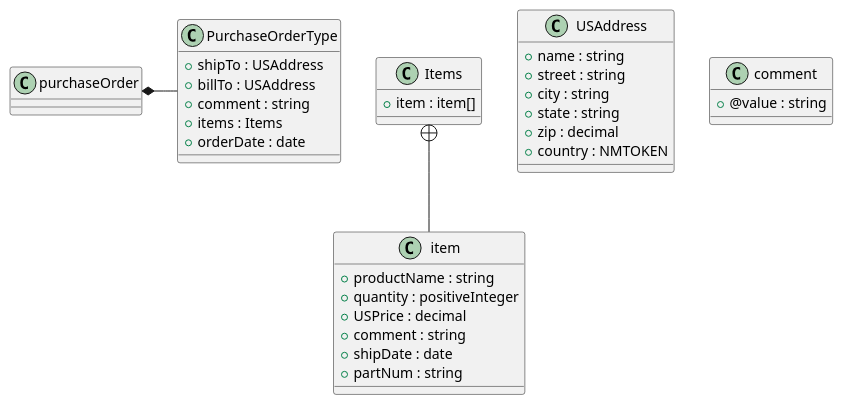
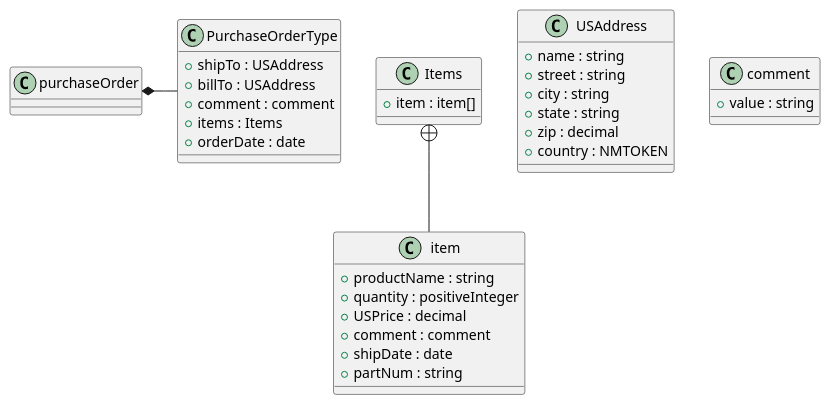
One commit to tefra/xsdata-plantuml changed the diagram in samples/order.pu. Above: the diagram before and after it, drawn with PlantUML. The commit also changed 8 other files, not shown here.

```diff
--- a/samples/order.pu
+++ b/samples/order.pu
@@ -1,37 +1,37 @@
 @startuml
 
 class Items {
     +item : item[]
 }
 Items +-- item
 class item {
     +productName : string
     +quantity : positiveInteger
     +USPrice : decimal
-    +comment : string
+    +comment : comment
     +shipDate : date
     +partNum : string
 }
 class PurchaseOrderType {
     +shipTo : USAddress
     +billTo : USAddress
-    +comment : string
+    +comment : comment
     +items : Items
     +orderDate : date
 }
 class USAddress {
     +name : string
     +street : string
     +city : string
     +state : string
     +zip : decimal
     +country : NMTOKEN
 }
 class comment {
-    +@value : string
+    +value : string
 }
 class purchaseOrder {
 }
 purchaseOrder *- PurchaseOrderType
 
 @enduml
```
